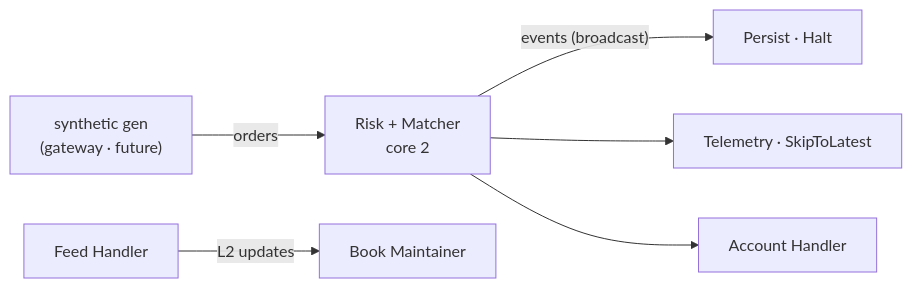
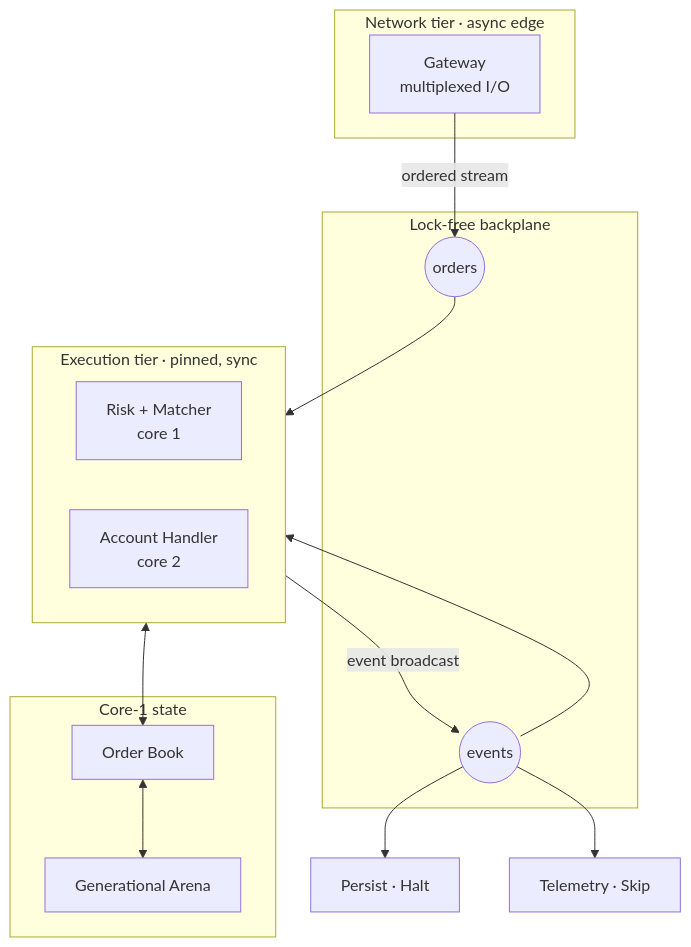
The diagram in README.md (vpiyush/dex-core), drawn with Mermaid before and after one commit. The commit also changed other lines of this file, not shown here.

````diff
--- a/README.md
+++ b/README.md
@@ -67,8 +28,25 @@
 ```mermaid
-flowchart LR
-  GEN["synthetic gen<br/>(gateway · future)"] -->|orders| M
-  FEED["Feed Handler"] -->|L2 updates| BOOK["Book Maintainer"]
-  M["Risk + Matcher<br/>core 2"] -->|"events (broadcast)"| P["Persist · Halt"]
-  M --> T["Telemetry · SkipToLatest"]
-  M --> A["Account Handler"]
+graph TD
+    subgraph net["Network tier · async edge"]
+        GW[Gateway<br/>multiplexed I/O]
+    end
+    subgraph exec["Execution tier · pinned, sync"]
+        direction LR
+        RM[Risk + Matcher<br/>core 1]
+        AH[Account Handler<br/>core 2]
+    end
+    subgraph ipc["Lock-free backplane"]
+        Q1((orders))
+        Q2((events))
+    end
+    GW -->|ordered stream| Q1 --> RM
+    RM -->|event broadcast| Q2 --> AH
+    Q2 --> PERSIST[Persist · Halt]
+    Q2 --> TELE[Telemetry · Skip]
+    subgraph state["Core-1 state"]
+        OB[Order Book]
+        AR[Generational Arena]
+        RM <--> OB
+        OB <--> AR
+    end
 ```
````
